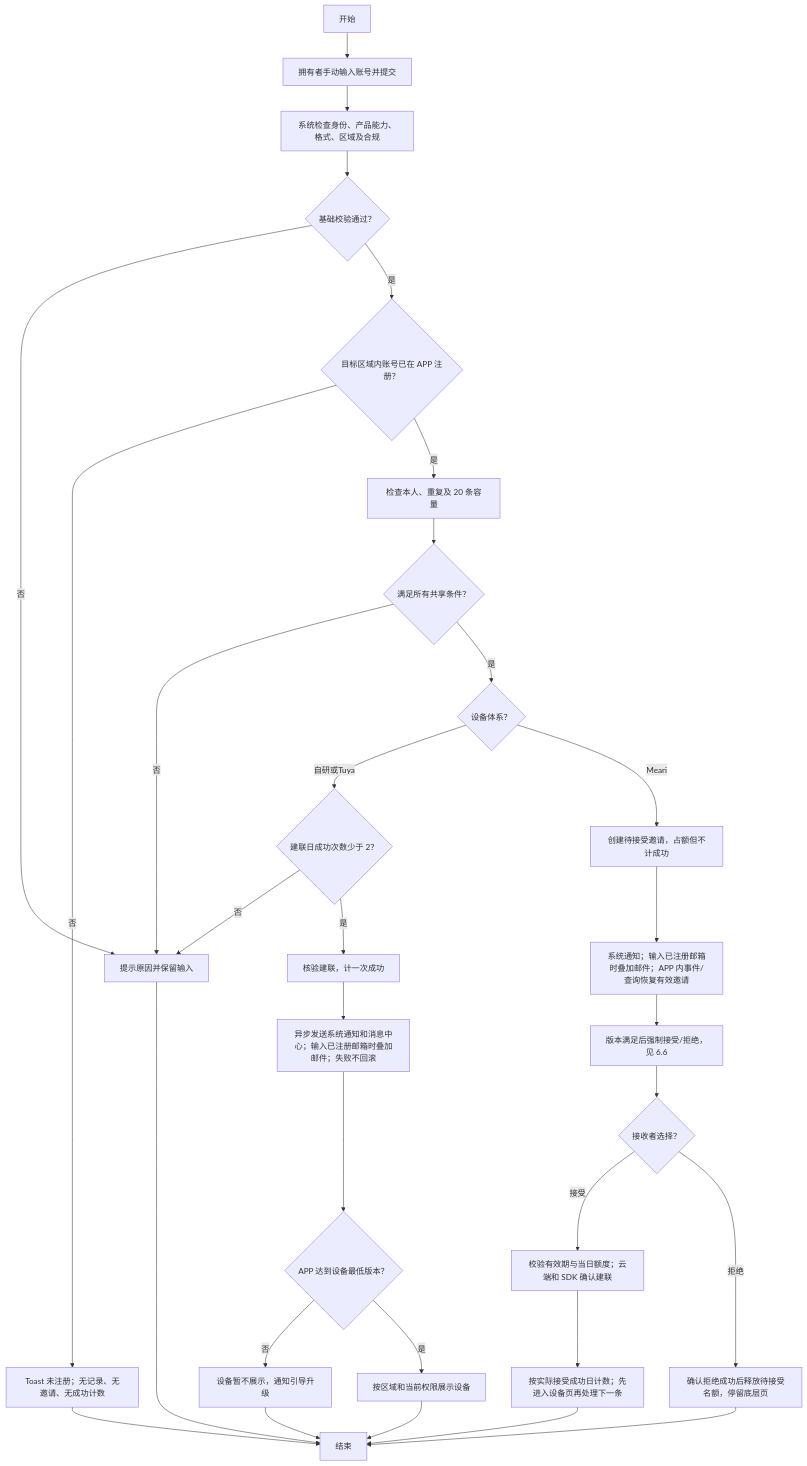
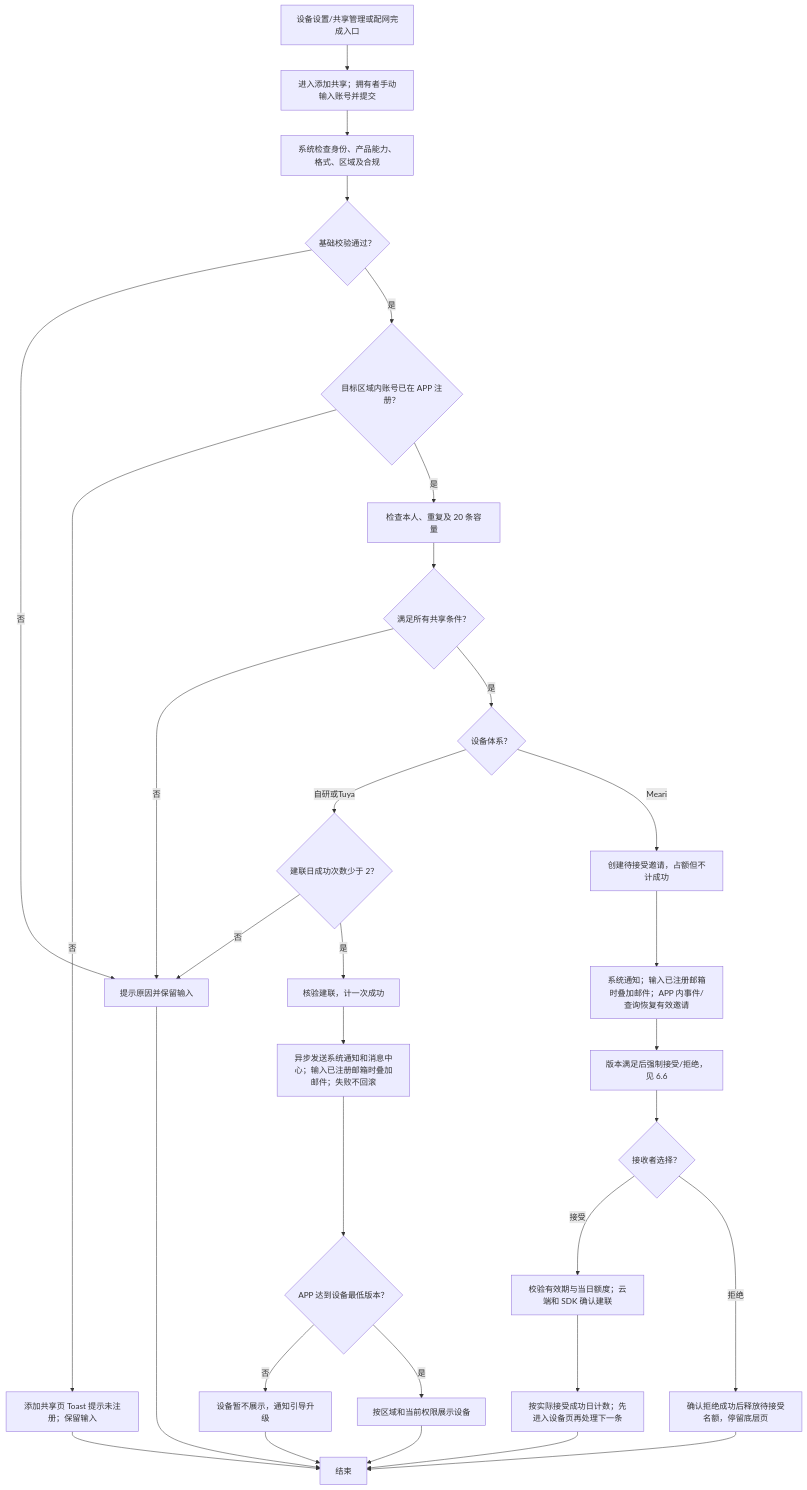
Before and after one commit to HawZZ/root-interactivable-prototype: the second of 2 diagrams in prototypes/device-sharing-phase-2/prd.md, drawn with Mermaid. The commit also changed other lines of this file and 6 other files, not shown here.

Commit message:
fix: restore phase 2 direct sharing flow

````diff
--- a/prototypes/device-sharing-phase-2/prd.md
+++ b/prototypes/device-sharing-phase-2/prd.md
@@ -115,33 +116,33 @@
 ```mermaid
 flowchart TD
-  A["开始"] --> B["拥有者手动输入账号并提交"]
+  A["设备设置/共享管理或配网完成入口"] --> B["进入添加共享；拥有者手动输入账号并提交"]
   B --> C["系统检查身份、产品能力、格式、区域及合规"]
   C --> D{"基础校验通过？"}
   D -- 否 --> X["提示原因并保留输入"]
   D -- 是 --> E{"目标区域内账号已在 APP 注册？"}
-  E -- 否 --> F["Toast 未注册；无记录、无邀请、无成功计数"]
+  E -- 否 --> F["添加共享页 Toast 提示未注册；保留输入"]
   E -- 是 --> G["检查本人、重复及 20 条容量"]
   G --> H{"满足所有共享条件？"}
   H -- 否 --> X
   H -- 是 --> V{"设备体系？"}
   V -- 自研或Tuya --> DQ{"建联日成功次数少于 2？"}
   DQ -- 否 --> X
   DQ -- 是 --> I["核验建联，计一次成功"]
   V -- Meari --> P["创建待接受邀请，占额但不计成功"]
   P --> Q["系统通知；输入已注册邮箱时叠加邮件；APP 内事件/查询恢复有效邀请"]
   Q --> R["版本满足后强制接受/拒绝，见 6.6"]
   R --> T{"接收者选择？"}
   T -- 接受 --> U["校验有效期与当日额度；云端和 SDK 确认建联"]
   U --> N["按实际接受成功日计数；先进入设备页再处理下一条"]
   N --> Z
   T -- 拒绝 --> W["确认拒绝成功后释放待接受名额，停留底层页"]
   W --> Z
   I --> J["异步发送系统通知和消息中心；输入已注册邮箱时叠加邮件；失败不回滚"]
   J --> K{"APP 达到设备最低版本？"}
   K -- 否 --> L["设备暂不展示，通知引导升级"]
   K -- 是 --> M["按区域和当前权限展示设备"]
   L --> Z["结束"]
   M --> Z
   X --> Z
   F --> Z
 ```
````
